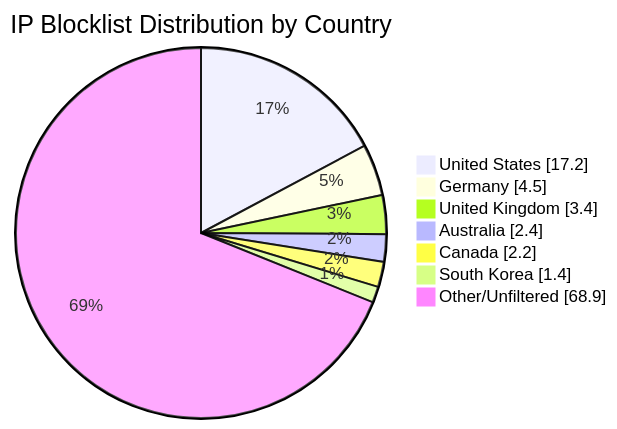
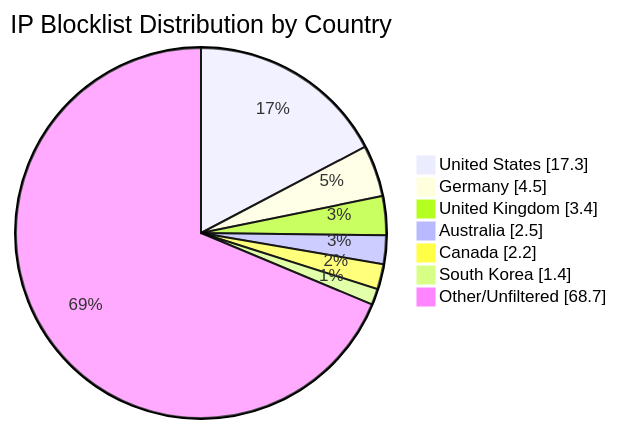
Before and after one commit to MarcusHoltz/ipblocklist-geofiltered-aggregator: the diagram in README.md, drawn with Mermaid. The commit also changed other lines of this file and 9 other files, not shown here.

````diff
--- a/README.md
+++ b/README.md
@@ -34,10 +34,10 @@
 ```mermaid
 pie showData title IP Blocklist Distribution by Country
-"United States" : 17.2
+"United States" : 17.3
 "Germany" : 4.5
 "United Kingdom" : 3.4
-"Australia" : 2.4
+"Australia" : 2.5
 "Canada" : 2.2
 "South Korea" : 1.4
-"Other/Unfiltered" : 68.9
+"Other/Unfiltered" : 68.7
 ```
````
